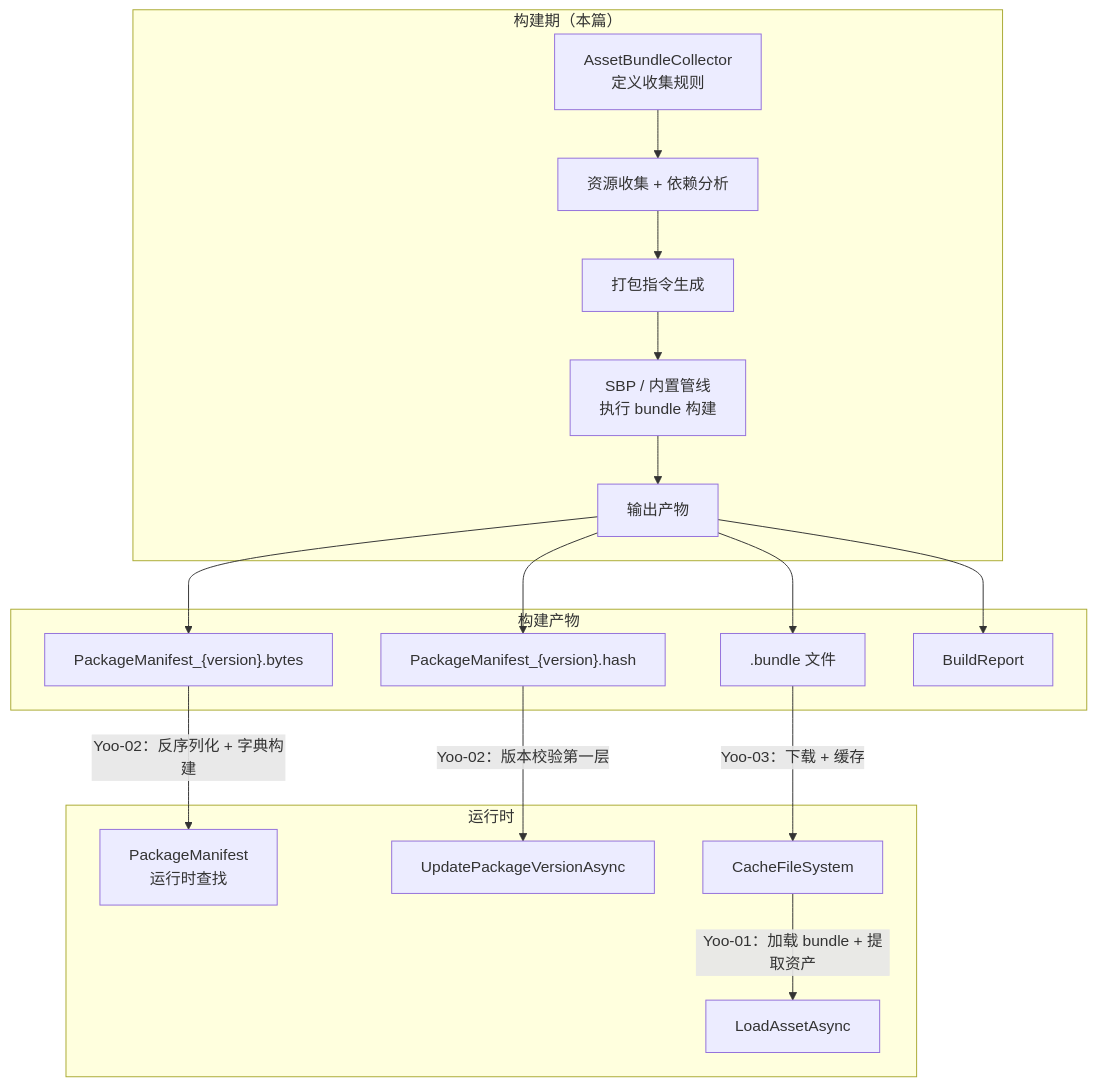
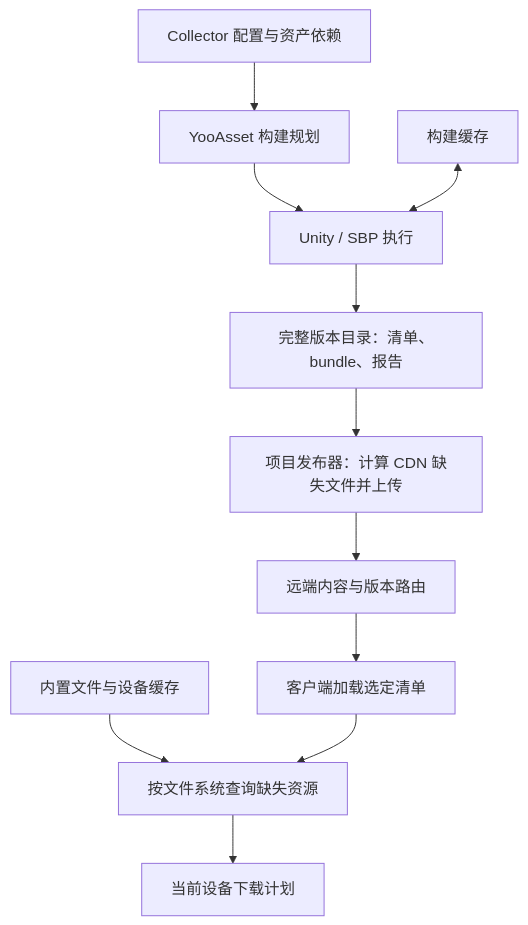
Before and after one commit to TwoEggDu/twoegg-tech-stack: the first of 2 diagrams in content/engine-toolchain/unity-yooasset-build-time-collector-to-bundle-output.md, drawn with Mermaid. The commit also changed other lines of this file and 27 other files, not shown here.

Commit message:
Add YooAsset 3.0.6 articles and resource framework indexes

````diff
--- a/content/engine-toolchain/unity-yooasset-build-time-collector-to-bundle-output.md
+++ b/content/engine-toolchain/unity-yooasset-build-time-collector-to-bundle-output.md
@@ -51,21 +42,13 @@
 ```mermaid
 flowchart TD
-    subgraph Build["构建期（本篇）"]
-        A["AssetBundleCollector<br/>定义收集规则"] --> B["资源收集 + 依赖分析"]
-        B --> C["打包指令生成"]
-        C --> D["SBP / 内置管线<br/>执行 bundle 构建"]
-        D --> E["输出产物"]
-    end
-    subgraph Output["构建产物"]
-        E --> F[".bundle 文件"]
-        E --> G["PackageManifest_{version}.bytes"]
-        E --> H["PackageManifest_{version}.hash"]
-        E --> I["BuildReport"]
-    end
-    subgraph Runtime["运行时"]
-        G -->|"Yoo-02：反序列化 + 字典构建"| J["PackageManifest<br/>运行时查找"]
-        H -->|"Yoo-02：版本校验第一层"| K["UpdatePackageVersionAsync"]
-        F -->|"Yoo-03：下载 + 缓存"| L["CacheFileSystem"]
-        L -->|"Yoo-01：加载 bundle + 提取资产"| M["LoadAssetAsync"]
-    end
+    Rules["Collector 配置与资产依赖"] --> Plan["YooAsset 构建规划"]
+    Plan --> Exec["Unity / SBP 执行"]
+    Cache["构建缓存"] <--> Exec
+    Exec --> Version["完整版本目录：清单、bundle、报告"]
+    Version --> Upload["项目发布器：计算 CDN 缺失文件并上传"]
+    Upload --> Remote["远端内容与版本路由"]
+    Remote --> Client["客户端加载选定清单"]
+    Local["内置文件与设备缓存"] --> Missing["按文件系统查询缺失资源"]
+    Client --> Missing
+    Missing --> Download["当前设备下载计划"]
 ```
````
